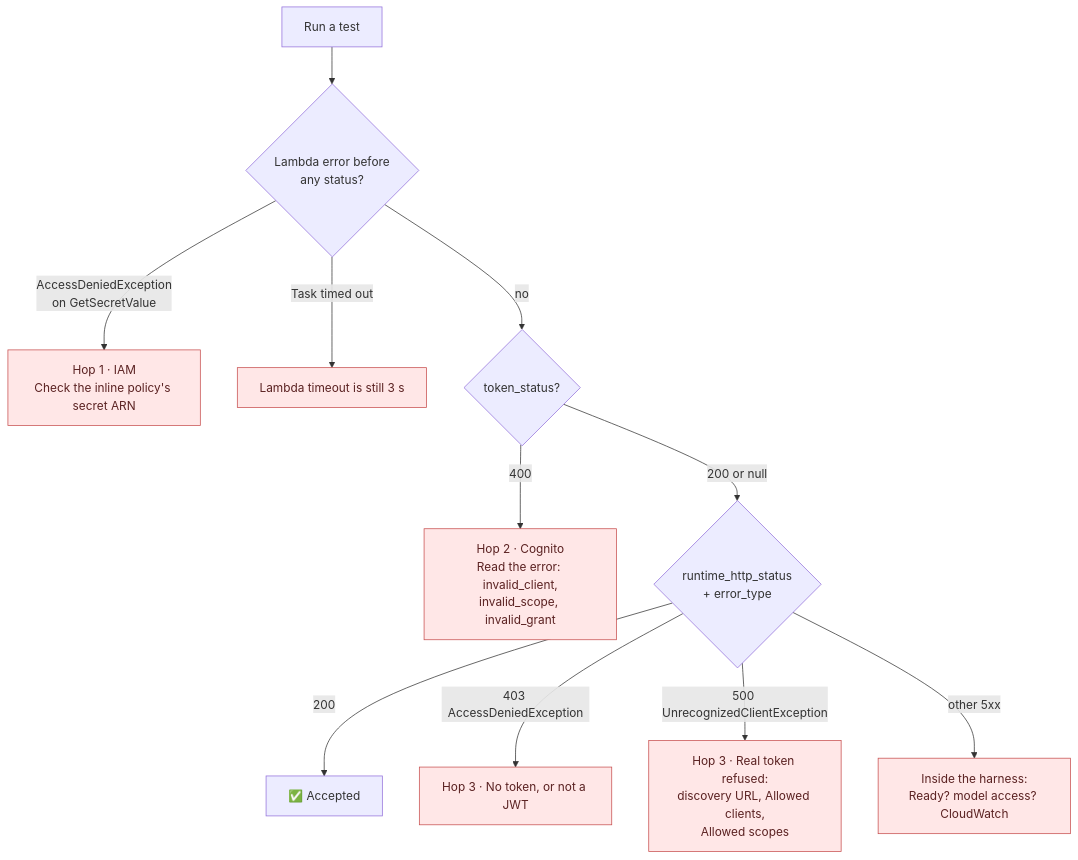
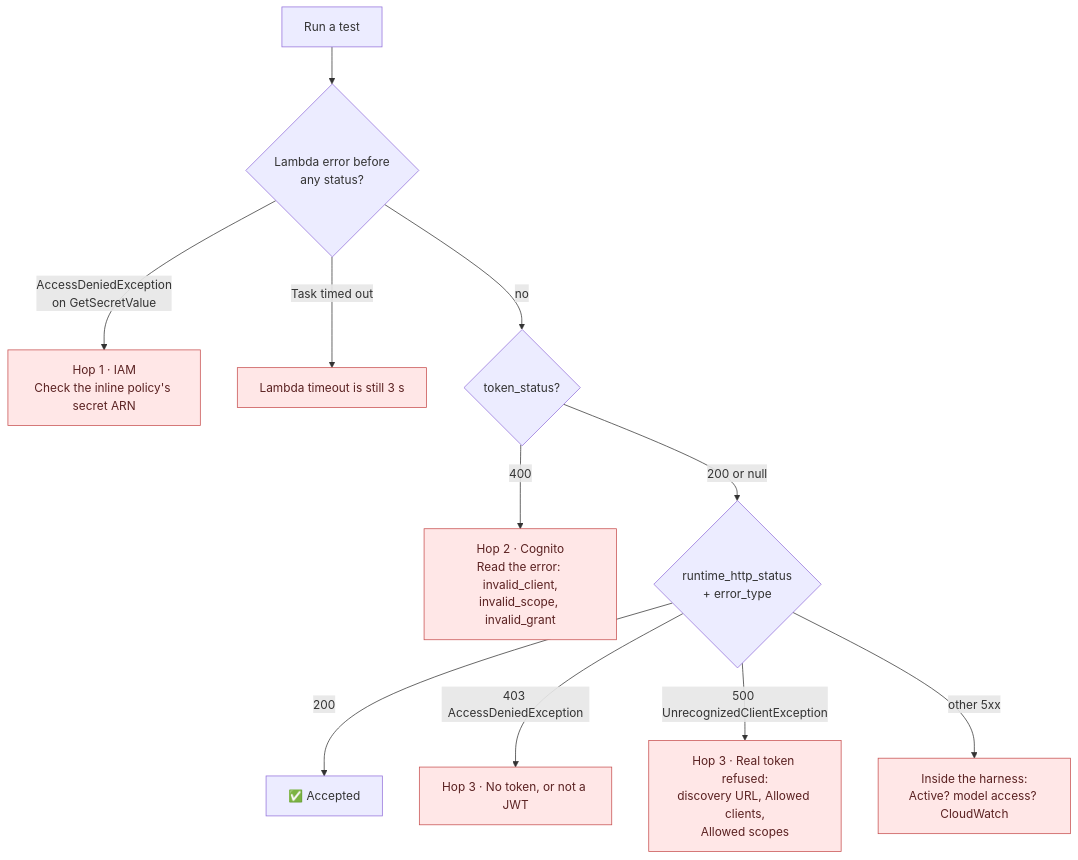
Before and after one commit to varoonsahgal/orbit-field-academy-student-labs: the eighth of 10 diagrams in 05-ORBIT-Identity-Lockdown.md, drawn with Mermaid. The commit also changed other lines of this file and 38 other files, not shown here.

Commit message:
Mission 04/05: re-verified in the Nov 3 2026 AgentCore console; all Mission 04 screenshots and the Mission 05 harness screenshots retaken; Active status, provisioning banner, auto-opening tool panel, versioned configurations, Lambda invocation type

````diff
--- a/05-ORBIT-Identity-Lockdown.md
+++ b/05-ORBIT-Identity-Lockdown.md
@@ -665,15 +665,15 @@
 ```mermaid
 flowchart TD
     Start["Run a test"] --> E{"Lambda error before<br/>any status?"}
     E -->|"AccessDeniedException<br/>on GetSecretValue"| IAM["Hop 1 · IAM<br/>Check the inline policy's secret ARN"]
     E -->|"Task timed out"| TO["Lambda timeout is still 3 s"]
     E -->|no| T{"token_status?"}
     T -->|"400"| COG["Hop 2 · Cognito<br/>Read the error: invalid_client,<br/>invalid_scope, invalid_grant"]
     T -->|"200 or null"| R{"runtime_http_status<br/>+ error_type"}
     R -->|"200"| OK["✅ Accepted"]
     R -->|"403 AccessDeniedException"| NOTOK["Hop 3 · No token, or not a JWT"]
     R -->|"500 UnrecognizedClientException"| JWT["Hop 3 · Real token refused:<br/>discovery URL, Allowed clients,<br/>Allowed scopes"]
-    R -->|"other 5xx"| RUN["Inside the harness:<br/>Ready? model access? CloudWatch"]
+    R -->|"other 5xx"| RUN["Inside the harness:<br/>Active? model access? CloudWatch"]
     classDef bad fill:#ffe7e7,stroke:#c74e4e,color:#5b2222
     class IAM,TO,COG,NOTOK,JWT,RUN bad
 ```
````
